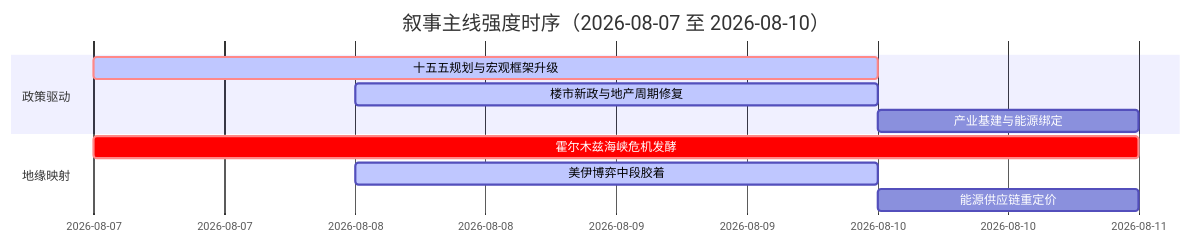
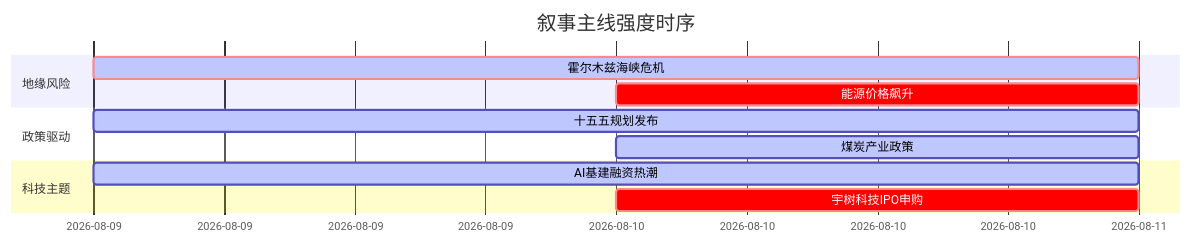
Before and after one commit to uu5zn/uu5zn.github.io: the diagram in 5day_report.md, drawn with Mermaid. The commit also changed other lines of this file and 25 other files, not shown here.

````diff
--- a/5day_report.md
+++ b/5day_report.md
@@ -55,14 +58,16 @@
 ```mermaid
 gantt
-    title 叙事主线强度时序（2026-08-07 至 2026-08-10）
+    title 叙事主线强度时序
     dateFormat YYYY-MM-DD
+    section 地缘风险
+    霍尔木兹海峡危机   :crit, active, 2026-08-09, 2d
+    能源价格飙升       :crit, 2026-08-10, 1d
+    
     section 政策驱动
-    十五五规划与宏观框架升级   :crit, active, 2026-08-07, 3d
-    楼市新政与地产周期修复   :active, 2026-08-08, 2d
-    产业基建与能源绑定   :2026-08-10, 1d
+    十五五规划发布     :active, 2026-08-09, 2d
+    煤炭产业政策       :active, 2026-08-10, 1d
     
-    section 地缘映射
-    霍尔木兹海峡危机发酵   :crit, 2026-08-07, 4d
-    美伊博弈中段胶着   :active, 2026-08-08, 2d
-    能源供应链重定价   :2026-08-10, 1d
+    section 科技主题
+    AI基建融资热潮     :active, 2026-08-09, 2d
+    宇树科技IPO申购    :crit, 2026-08-10, 1d
 ```
````
